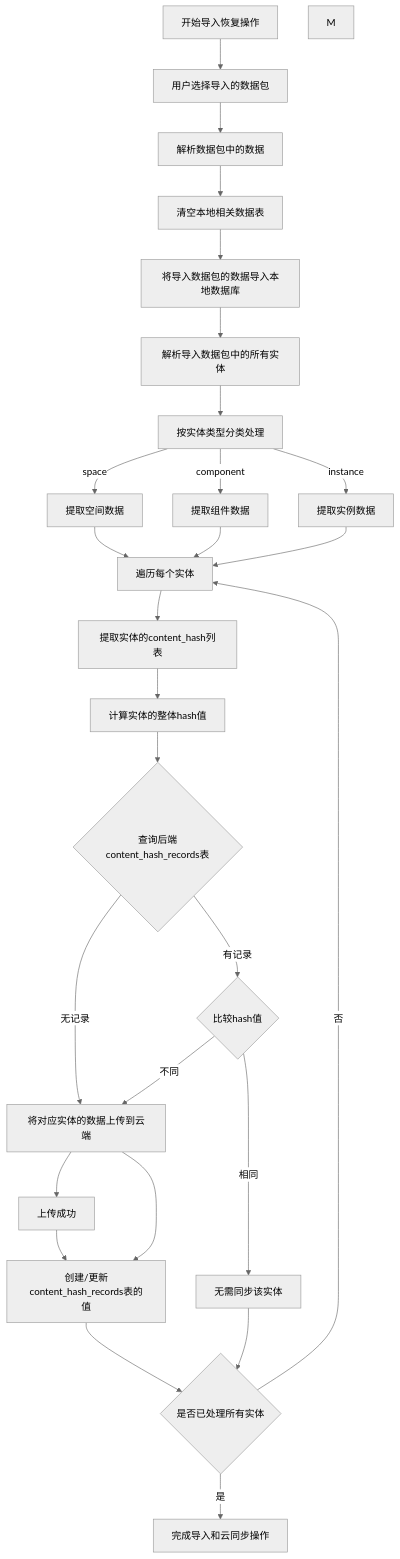
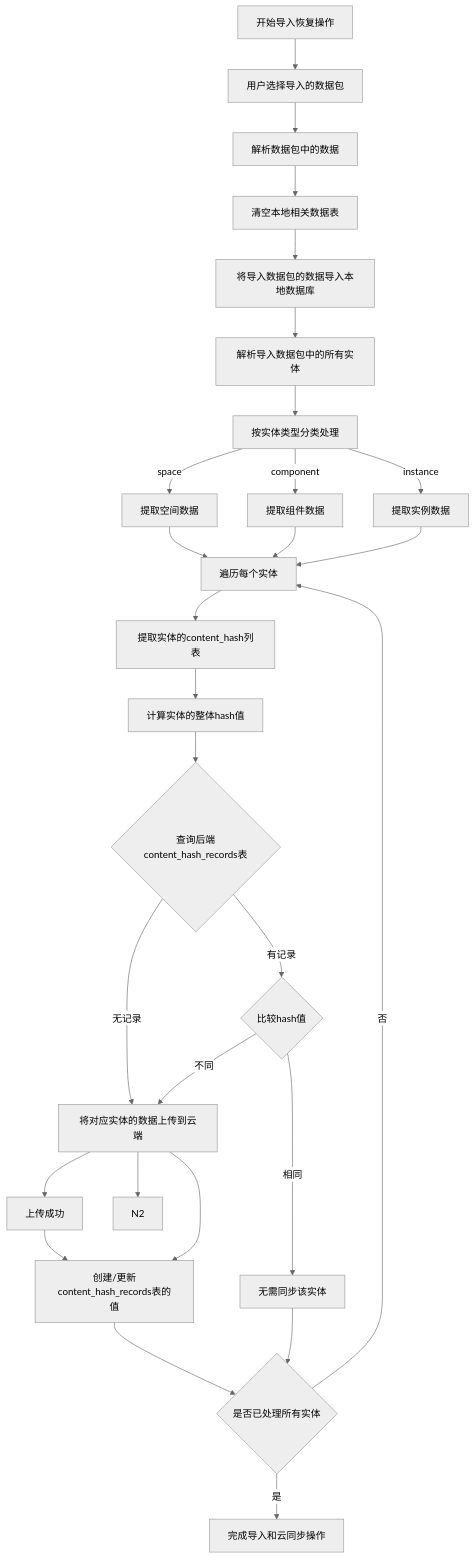
One commit to yingjianzh/iodraw-files changed the diagram in all/未命名-44.md. Above: the diagram before and after it, drawn with Mermaid (neutral theme).

Commit message:
2025-04-27 11:57:40 update

````diff
--- a/all/未命名-44.md
+++ b/all/未命名-44.md
@@ -1,41 +1,41 @@
 ```mermaid
 flowchart TD
     A[开始导入恢复操作] --> B[用户选择导入的数据包]
     B --> C[解析数据包中的数据]
     
     C --> D[清空本地相关数据表]
     D --> E[将导入数据包的数据导入本地数据库]
     
     E --> F[解析导入数据包中的所有实体]
     F --> G[按实体类型分类处理]
     
     G -->|space| H1[提取空间数据]
     G -->|component| H2[提取组件数据]
     G -->|instance| H3[提取实例数据]
     
     H1 --> I[遍历每个实体]
     H2 --> I
     H3 --> I
     
     I --> J[提取实体的content_hash列表]
     J --> K[计算实体的整体hash值]
     
     K --> L{查询后端content_hash_records表}
     L -->|无记录| M1[将对应实体的数据上传到云端]
     M1 --> N1[上传成功]
-    M
+    M1 --> N2
     N1 --> M4
 
     L -->|有记录| M2{比较hash值}
     M2 -->|不同| M1
 
     M2 -->|相同| M3[无需同步该实体]
     
     M1 --> M4[创建/更新content_hash_records表的值]
     
     M3 --> S{是否已处理所有实体}
     M4 --> S{是否已处理所有实体}
     
     S -->|否| I
     S -->|是| T[完成导入和云同步操作]
 ```
````
